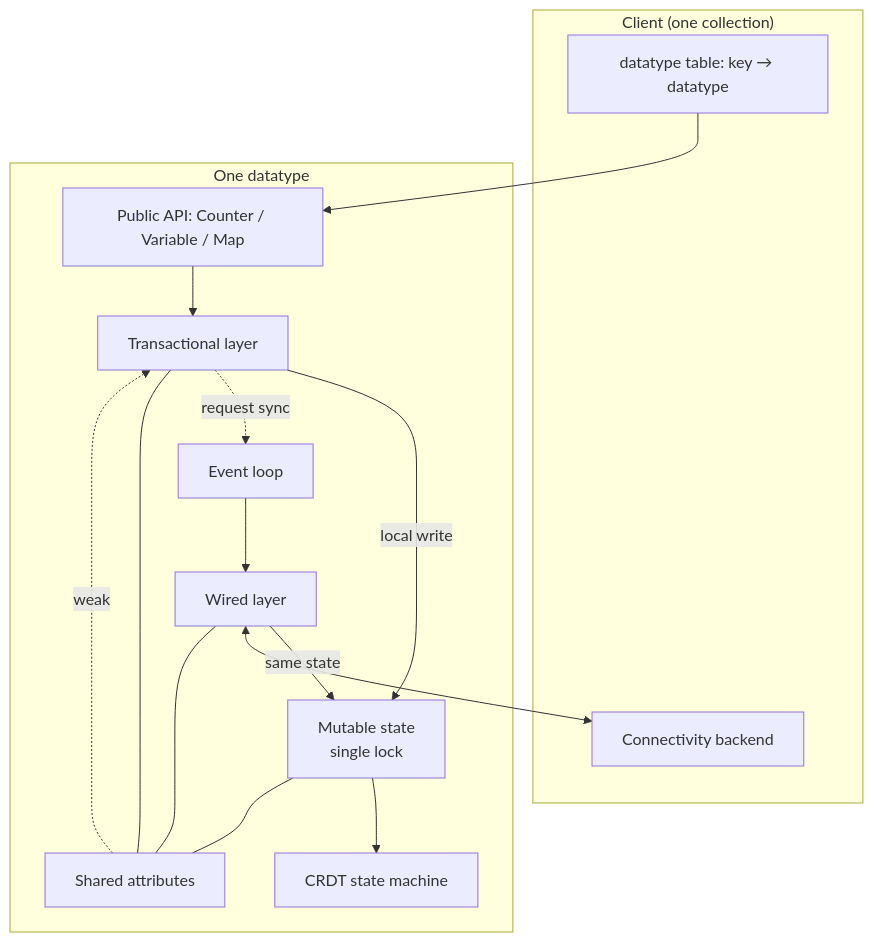
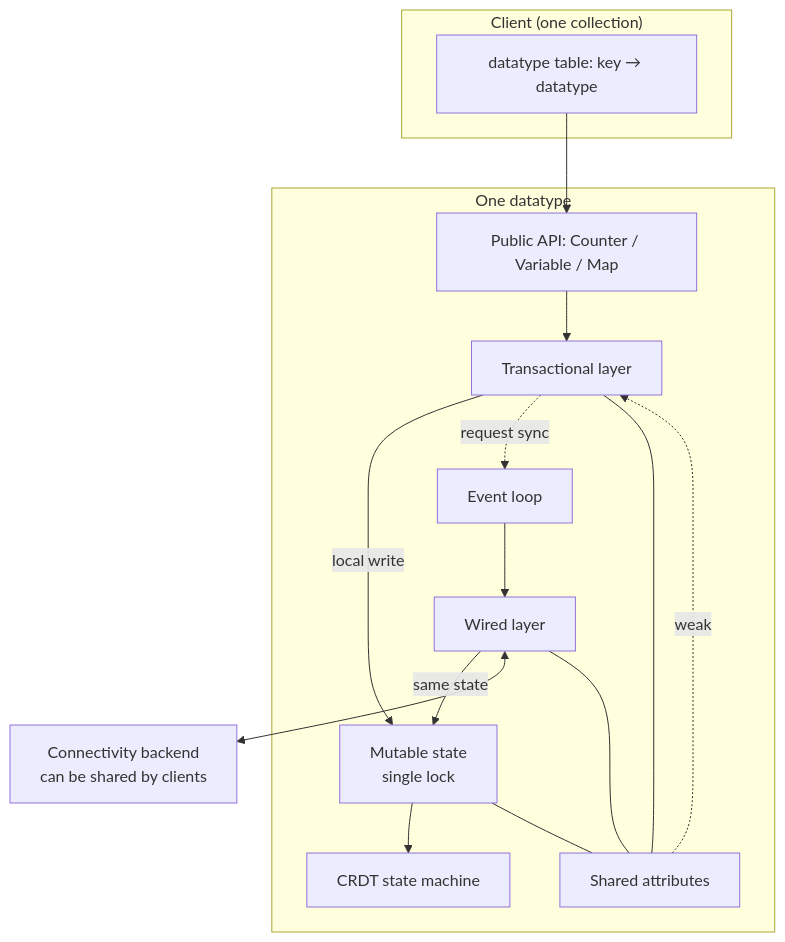
Before and after one commit to qortoo/qortoo-rs: the first of 3 diagrams in docs/architecture.md, drawn with Mermaid. The commit also changed other lines of this file and 49 other files, not shown here.

````diff
--- a/docs/architecture.md
+++ b/docs/architecture.md
@@ -49,30 +80,31 @@
 ```mermaid
 flowchart TD
     subgraph Client["Client (one collection)"]
         DTT["datatype table: key → datatype"]
-        CONN["Connectivity backend"]
     end
+
+    CONN["Connectivity backend<br/>can be shared by clients"]
 
     subgraph Datatype["One datatype"]
         API["Public API: Counter / Variable / Map"]
         TX["Transactional layer"]
         MUT["Mutable state<br/>single lock"]
         CRDT["CRDT state machine"]
         EL["Event loop"]
         WI["Wired layer"]
         ATTR["Shared attributes"]
     end
 
     DTT --> API
     API --> TX
     TX -->|local write| MUT
     MUT --> CRDT
     TX -.->|request sync| EL
     EL --> WI
     WI -->|same state| MUT
     WI <--> CONN
     TX --- ATTR
     WI --- ATTR
     MUT --- ATTR
     ATTR -.->|weak| TX
 ```
````
